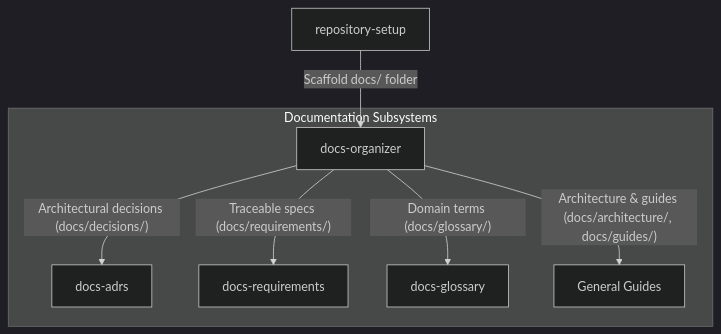
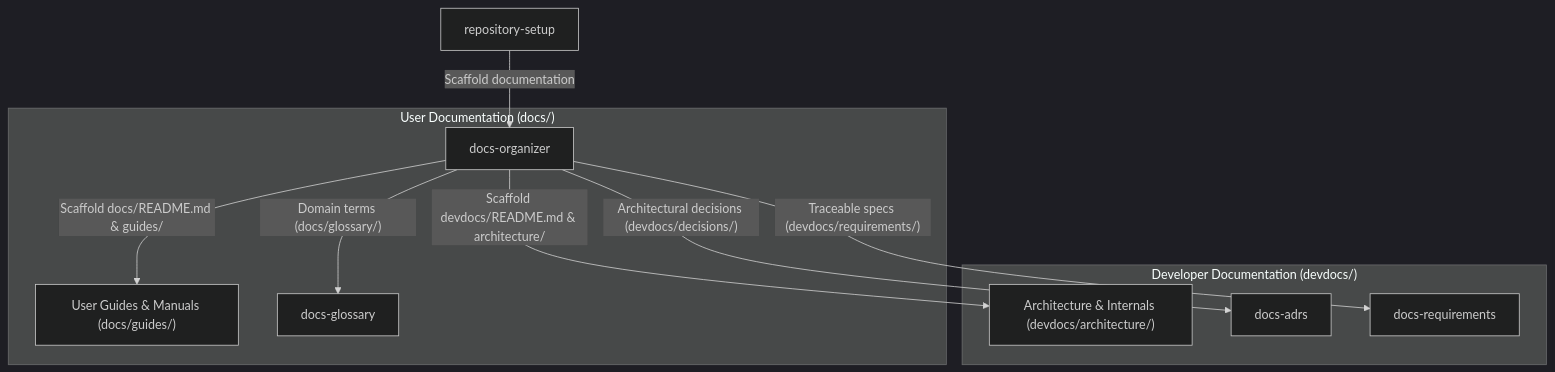
The diagram in skills/docs-organizer/SKILL.md (InAnYan/ai-instructions), drawn with Mermaid (dark theme) before and after one commit. The commit also changed other lines of this file and 17 other files, not shown here.

Commit message:
Separate user docs (docs/) and developer docs (devdocs/), move ADRs & requirements to devdocs/, and add dman artifact type

````diff
--- a/skills/docs-organizer/SKILL.md
+++ b/skills/docs-organizer/SKILL.md
@@ -19,11 +21,15 @@
 ```mermaid
 flowchart TD
-    RepoSetup["repository-setup"] -->|"Scaffold docs/ folder"| DocsOrg["docs-organizer"]
+    RepoSetup["repository-setup"] -->|"Scaffold documentation"| DocsOrg["docs-organizer"]
     
-    subgraph DocsSubsystems["Documentation Subsystems"]
-        DocsOrg -->|"Architectural decisions (docs/decisions/)"| ADR["docs-adrs"]
-        DocsOrg -->|"Traceable specs (docs/requirements/)"| REQ["docs-requirements"]
+    subgraph UserDocs["User Documentation (docs/)"]
+        DocsOrg -->|"Scaffold docs/README.md & guides/"| USER_GUIDES["User Guides & Manuals (docs/guides/)"]
         DocsOrg -->|"Domain terms (docs/glossary/)"| GLOSS["docs-glossary"]
-        DocsOrg -->|"Architecture & guides (docs/architecture/, docs/guides/)"| GENERAL["General Guides"]
+    end
+
+    subgraph DevDocs["Developer Documentation (devdocs/)"]
+        DocsOrg -->|"Scaffold devdocs/README.md & architecture/"| DEV_ARCH["Architecture & Internals (devdocs/architecture/)"]
+        DocsOrg -->|"Architectural decisions (devdocs/decisions/)"| ADR["docs-adrs"]
+        DocsOrg -->|"Traceable specs (devdocs/requirements/)"| REQ["docs-requirements"]
     end
 ```
````
